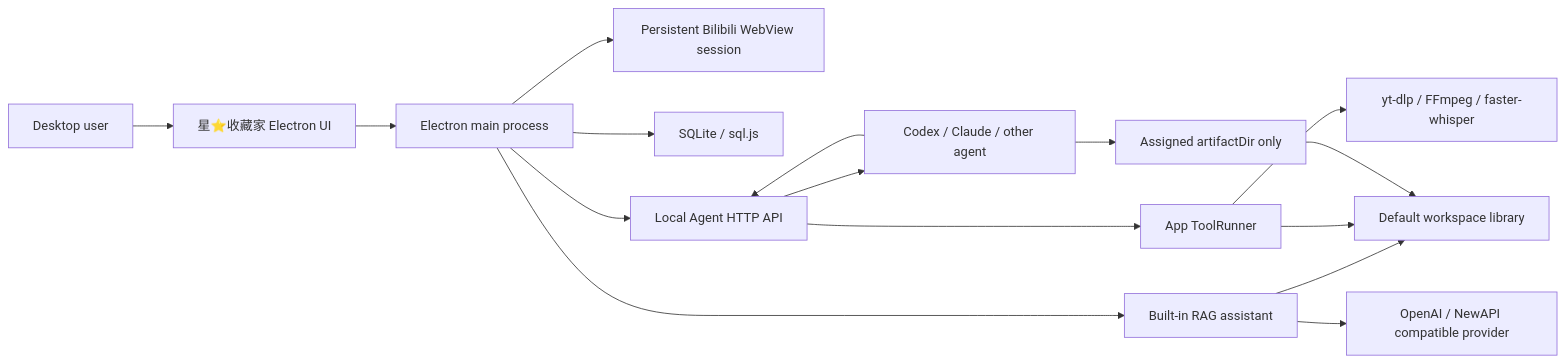
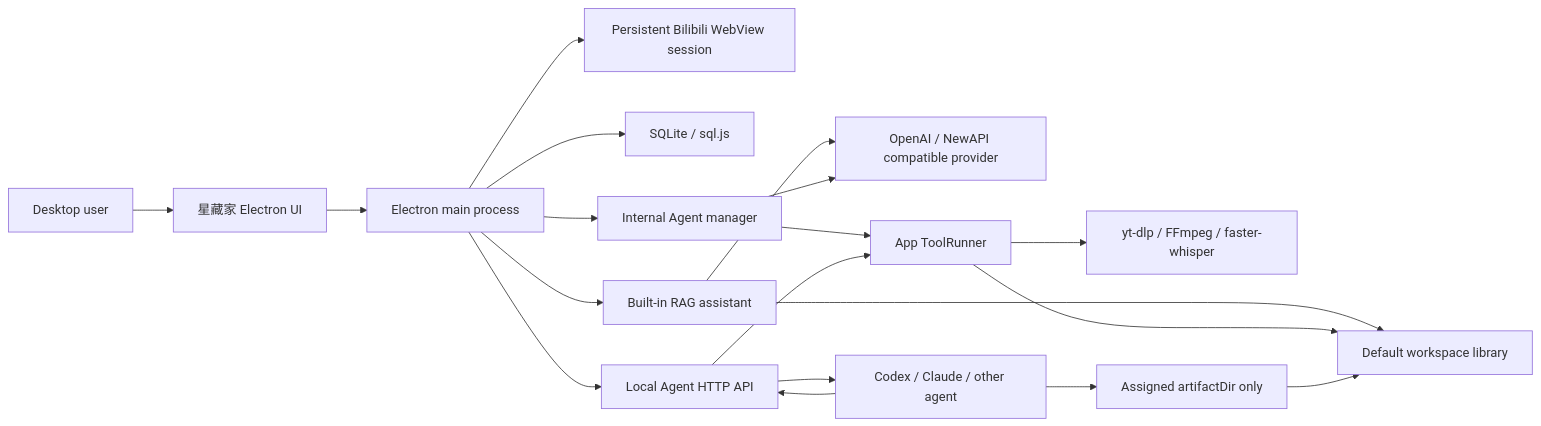
Before and after one commit to Fenglin-Maple/star-owner: the diagram in DESIGN.md, drawn with Mermaid. The commit also changed other lines of this file and 23 other files, not shown here.

````diff
--- a/DESIGN.md
+++ b/DESIGN.md
@@ -25,18 +25,21 @@
 ```mermaid
 flowchart LR
-  User["Desktop user"] --> UI["星⭐收藏家 Electron UI"]
+  User["Desktop user"] --> UI["星藏家 Electron UI"]
   UI --> Main["Electron main process"]
   Main --> Bili["Persistent Bilibili WebView session"]
   Main --> DB["SQLite / sql.js"]
   Main --> API["Local Agent HTTP API"]
   Main --> RAG["Built-in RAG assistant"]
+  Main --> Internal["Internal Agent manager"]
   RAG --> Provider["OpenAI / NewAPI compatible provider"]
+  Internal --> Provider
+  Internal --> Runner
   RAG --> Library
   API --> Agent["Codex / Claude / other agent"]
   Agent --> API
   API --> Runner["App ToolRunner"]
   Runner --> Tools["yt-dlp / FFmpeg / faster-whisper"]
   Runner --> Library["Default workspace library"]
   Agent --> Assigned["Assigned artifactDir only"]
   Assigned --> Library
 ```
````
